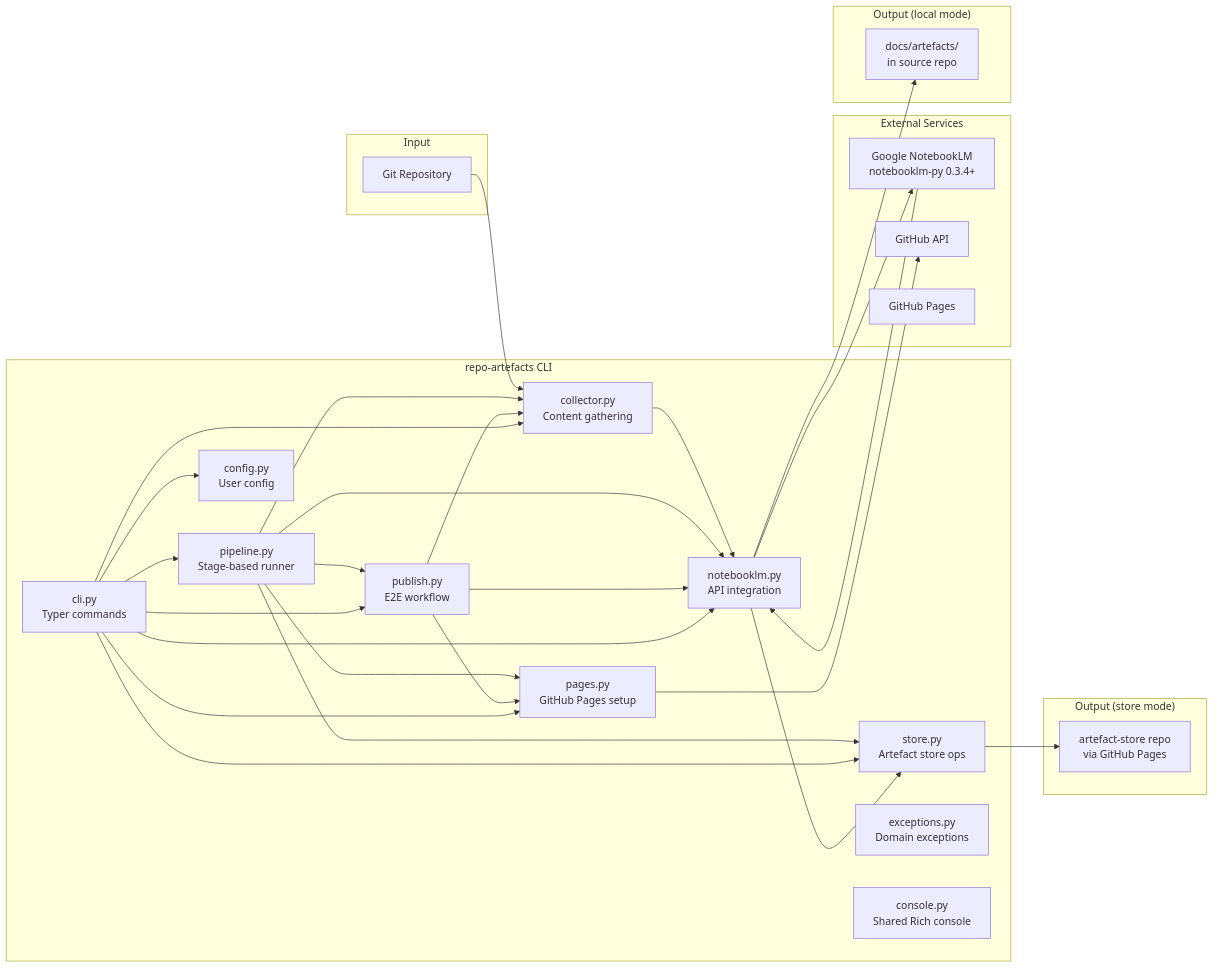
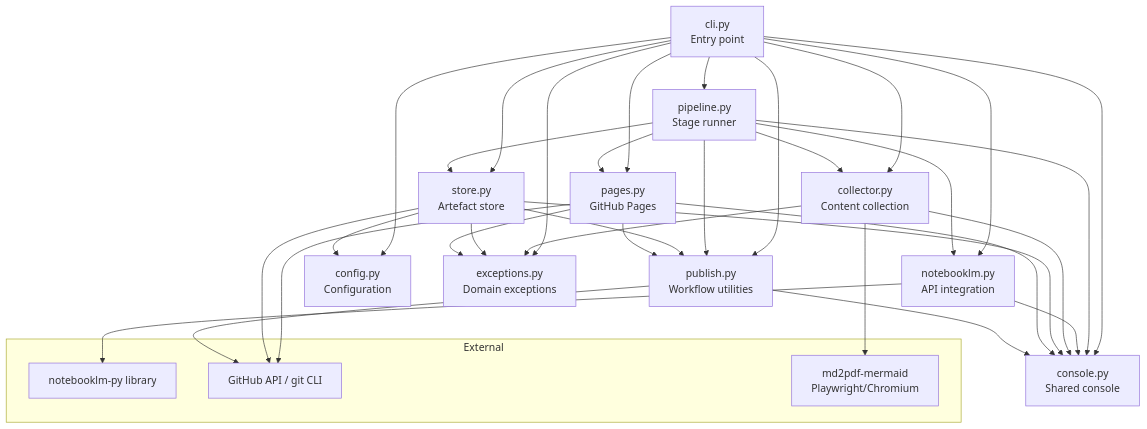
Before and after one commit to NetDevAutomate/notebooklm-repo-artefacts: the first of 9 diagrams in docs/codemap.md, drawn with Mermaid. The commit also changed other lines of this file and 9 other files, not shown here.

First line of the commit message:
docs: comprehensive documentation overhaul with C4 architecture and runbooks

````diff
--- a/docs/codemap.md
+++ b/docs/codemap.md
@@ -9,45 +58,55 @@
 ```mermaid
-graph LR
-    subgraph "Input"
-        REPO[Git Repository]
+graph TD
+    CLI[cli.py<br/>Entry point]
+
+    PL[pipeline.py<br/>Stage runner]
+    NLM[notebooklm.py<br/>API integration]
+    COL[collector.py<br/>Content collection]
+    ST[store.py<br/>Artefact store]
+    PG[pages.py<br/>GitHub Pages]
+    PUB[publish.py<br/>Workflow utilities]
+    CFG[config.py<br/>Configuration]
+    CNS[console.py<br/>Shared console]
+    EXC[exceptions.py<br/>Domain exceptions]
+
+    CLI --> PL
+    CLI --> NLM
+    CLI --> COL
+    CLI --> ST
+    CLI --> PG
+    CLI --> PUB
+    CLI --> CFG
+    CLI --> CNS
+    CLI --> EXC
+
+    PL --> NLM
+    PL --> COL
+    PL --> ST
+    PL --> PG
+    PL --> PUB
+    PL --> CNS
+
+    NLM --> CNS
+    COL --> CNS
+    COL --> EXC
+    ST --> CFG
+    ST --> CNS
+    ST --> EXC
+    ST --> PUB
+    PG --> CNS
+    PG --> EXC
+    PG --> PUB
+    PUB --> CNS
+
+    subgraph "External"
+        NLMLIB[notebooklm-py library]
+        GHAPI[GitHub API / git CLI]
+        MD2PDF[md2pdf-mermaid<br/>Playwright/Chromium]
     end
 
-    subgraph "repo-artefacts CLI"
-        CLI[cli.py<br/>Typer commands]
-        COL[collector.py<br/>Content gathering]
-        NLM[notebooklm.py<br/>API integration]
-        PL[pipeline.py<br/>Stage-based runner]
-        PG[pages.py<br/>GitHub Pages setup]
-        PUB[publish.py<br/>E2E workflow]
-        ST[store.py<br/>Artefact store ops]
-        CFG[config.py<br/>User config]
-        EXC[exceptions.py<br/>Domain exceptions]
-        CNS[console.py<br/>Shared Rich console]
-    end
-
-    subgraph "External Services"
-        NLMAPI[Google NotebookLM<br/>notebooklm-py 0.3.4+]
-        GHAPI[GitHub API]
-        GHPAGES[GitHub Pages]
-    end
-
-    subgraph "Output (local mode)"
-        LOCAL[docs/artefacts/<br/>in source repo]
-    end
-
-    subgraph "Output (store mode)"
-        STORE[artefact-store repo<br/>via GitHub Pages]
-    end
-
-    REPO --> COL
-    COL --> NLM
-    NLM --> NLMAPI
-    NLMAPI --> NLM
+    NLM --> NLMLIB
     PG --> GHAPI
-    PL --> COL & NLM & PG & PUB & ST
-    PUB --> COL & NLM & PG
-    ST --> STORE
-    CLI --> COL & NLM & PG & PUB & ST & CFG & PL
-    NLM --> LOCAL
-    NLM --> ST
+    ST --> GHAPI
+    PUB --> GHAPI
+    COL --> MD2PDF
 ```
````
